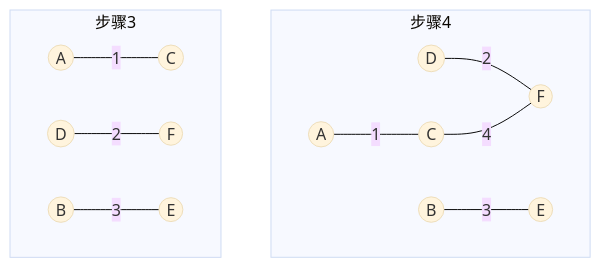
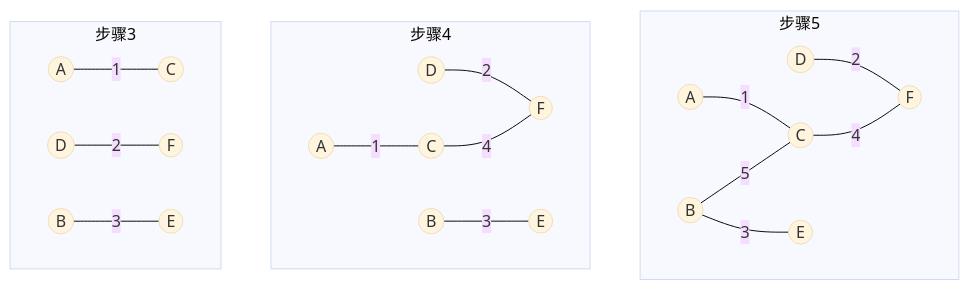
Before and after one commit to H00001/ds: the tenth of 14 diagrams in 6.md, drawn with Mermaid (base theme). The commit also changed other lines of this file and 20 other files, not shown here.

````diff
--- a/6.md
+++ b/6.md
@@ -623,30 +623,44 @@
 ```mermaid
 graph TB
-subgraph 步骤4
+
+subgraph 步骤5
 	A1((A))
 	B1((B))
 	C1((C))
 	A1--1---C1
 	D1--2---F1
 	B1--3---E1
 	C1--4---F1
+	B1--5---C1
 	D1((D))
 	E1((E))
 	F1((F))
+end
+
+subgraph 步骤4
+	A11((A))
+	B11((B))
+	C11((C))
+	A11--1---C11
+	D11--2---F11
+	B11--3---E11
+	C11--4---F11
+	D11((D))
+	E11((E))
+	F11((F))
 end
 
 
 subgraph 步骤3
 	A((A))
 	B((B))
 	C((C))
 	A--1---C
 	D--2---F
 	B--3---E
 	D((D))
 	E((E))
 	F((F))
 end
 
-
 ```
````
